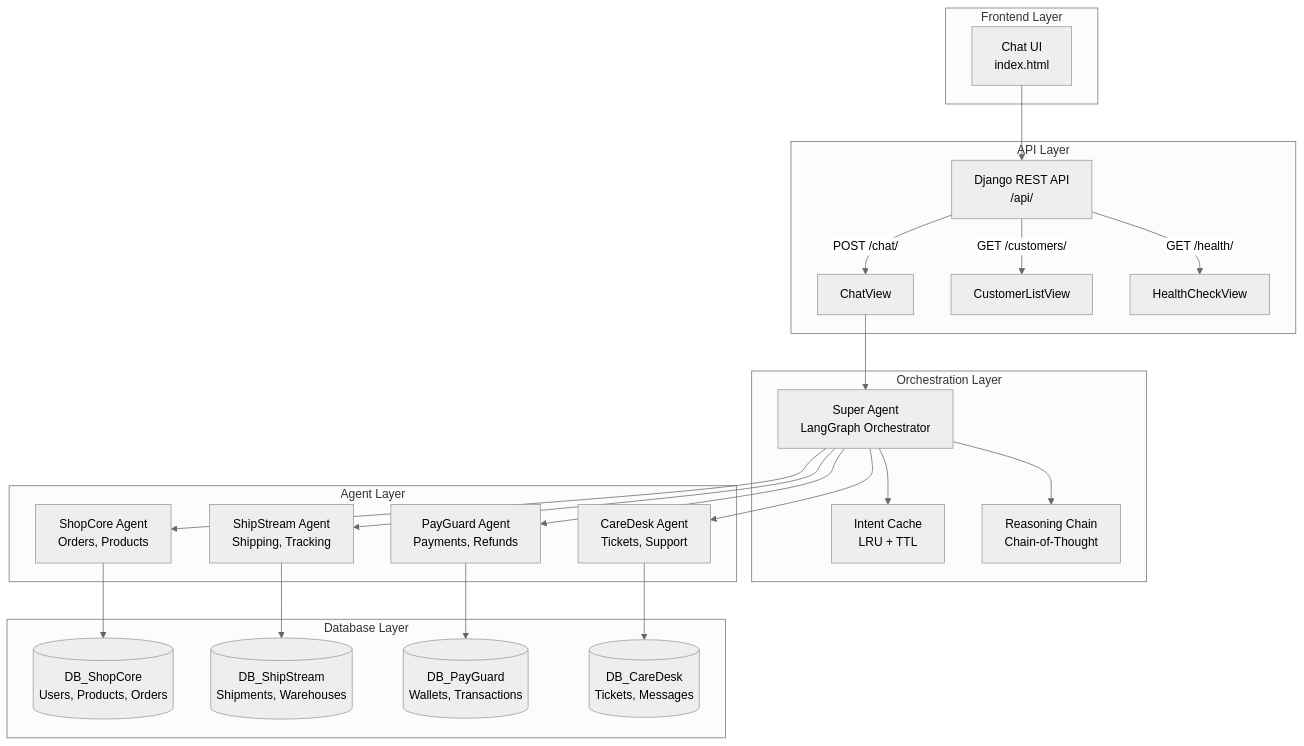
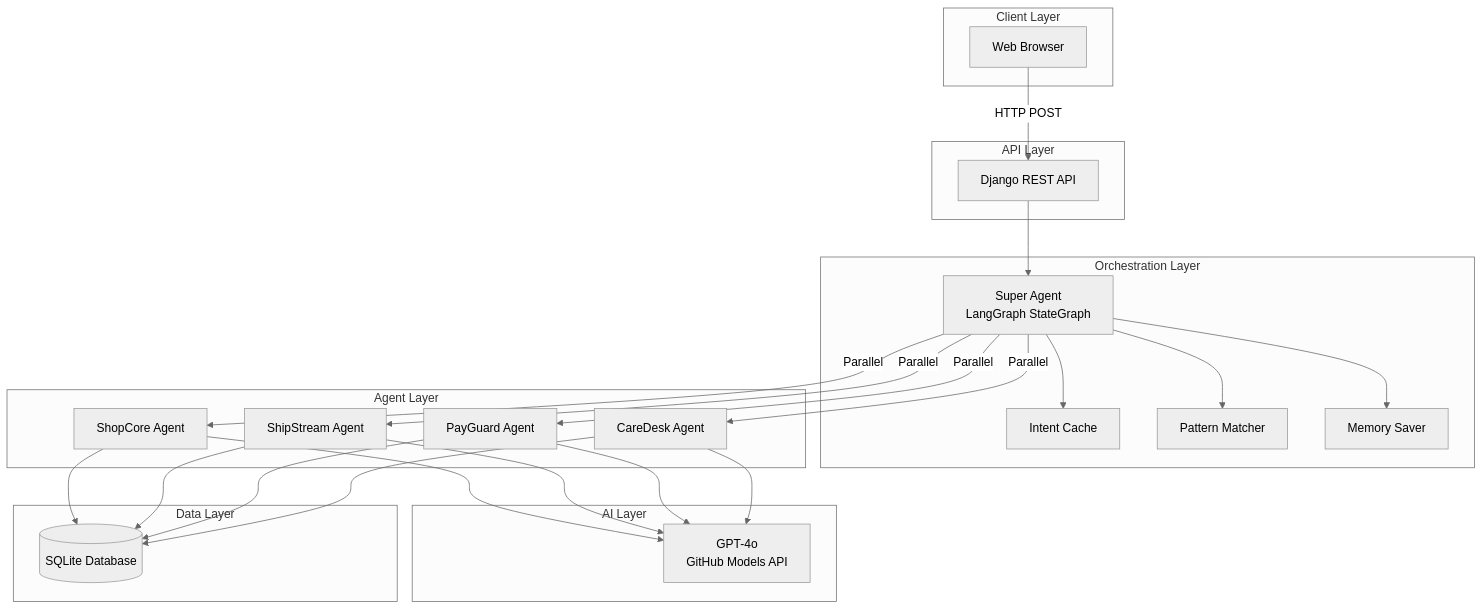
The first of 5 diagrams in docs/architecture.md (01Vishwa/Multi-Agent-Orchestrator), drawn with Mermaid (neutral theme) before and after one commit. The commit also changed other lines of this file and 5 other files, not shown here.

````diff
--- a/docs/architecture.md
+++ b/docs/architecture.md
@@ -5,43 +5,41 @@
 ```mermaid
 graph TB
-    subgraph "Frontend Layer"
-        UI[Chat UI<br/>index.html]
+    subgraph "Client Layer"
+        WEB[Web Browser]
     end
     
     subgraph "API Layer"
-        API[Django REST API<br/>/api/]
-        API --> |POST /chat/| CHAT[ChatView]
-        API --> |GET /customers/| CUST[CustomerListView]
-        API --> |GET /health/| HEALTH[HealthCheckView]
+        API[Django REST API]
     end
     
     subgraph "Orchestration Layer"
-        ORCH[Super Agent<br/>LangGraph Orchestrator]
-        CACHE[Intent Cache<br/>LRU + TTL]
-        REASON[Reasoning Chain<br/>Chain-of-Thought]
+        ORCH[Super Agent<br/>LangGraph StateGraph]
+        CACHE[Intent Cache]
+        PATTERN[Pattern Matcher]
+        MEM[Memory Saver]
     end
     
     subgraph "Agent Layer"
-        SC[ShopCore Agent<br/>Orders, Products]
-        SS[ShipStream Agent<br/>Shipping, Tracking]
-        PG[PayGuard Agent<br/>Payments, Refunds]
-        CD[CareDesk Agent<br/>Tickets, Support]
+        SC[ShopCore Agent]
+        SS[ShipStream Agent]
+        PG[PayGuard Agent]
+        CD[CareDesk Agent]
     end
     
-    subgraph "Database Layer"
-        DB1[(DB_ShopCore<br/>Users, Products, Orders)]
-        DB2[(DB_ShipStream<br/>Shipments, Warehouses)]
-        DB3[(DB_PayGuard<br/>Wallets, Transactions)]
-        DB4[(DB_CareDesk<br/>Tickets, Messages)]
+    subgraph "AI Layer"
+        LLM[GPT-4o<br/>GitHub Models API]
     end
     
-    UI --> API
-    CHAT --> ORCH
+    subgraph "Data Layer"
+        DB[(SQLite Database)]
+    end
+    
+    WEB -->|HTTP POST| API
+    API --> ORCH
     ORCH --> CACHE
-    ORCH --> REASON
-    ORCH --> SC & SS & PG & CD
-    SC --> DB1
-    SS --> DB2
-    PG --> DB3
-    CD --> DB4
+    ORCH --> PATTERN
+    ORCH --> MEM
+    ORCH -->|Parallel| SC & SS & PG & CD
+    SC & SS & PG & CD --> LLM
+    SC & SS & PG & CD --> DB
 ```
````
